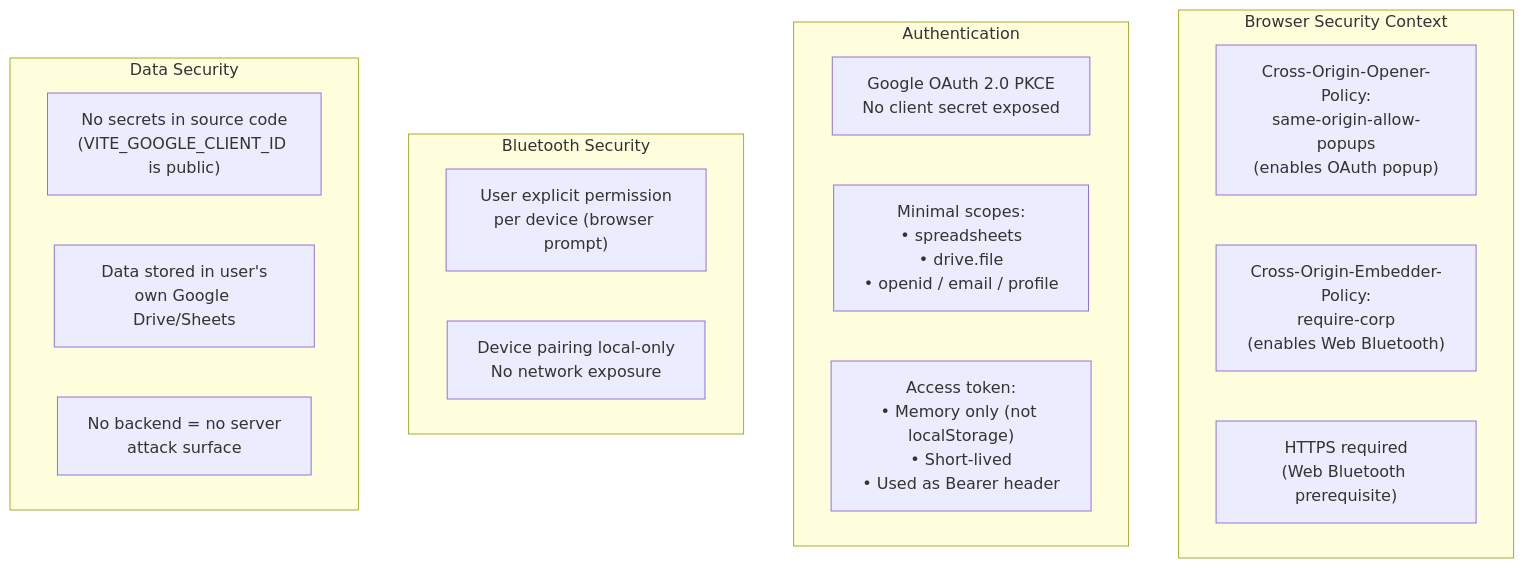
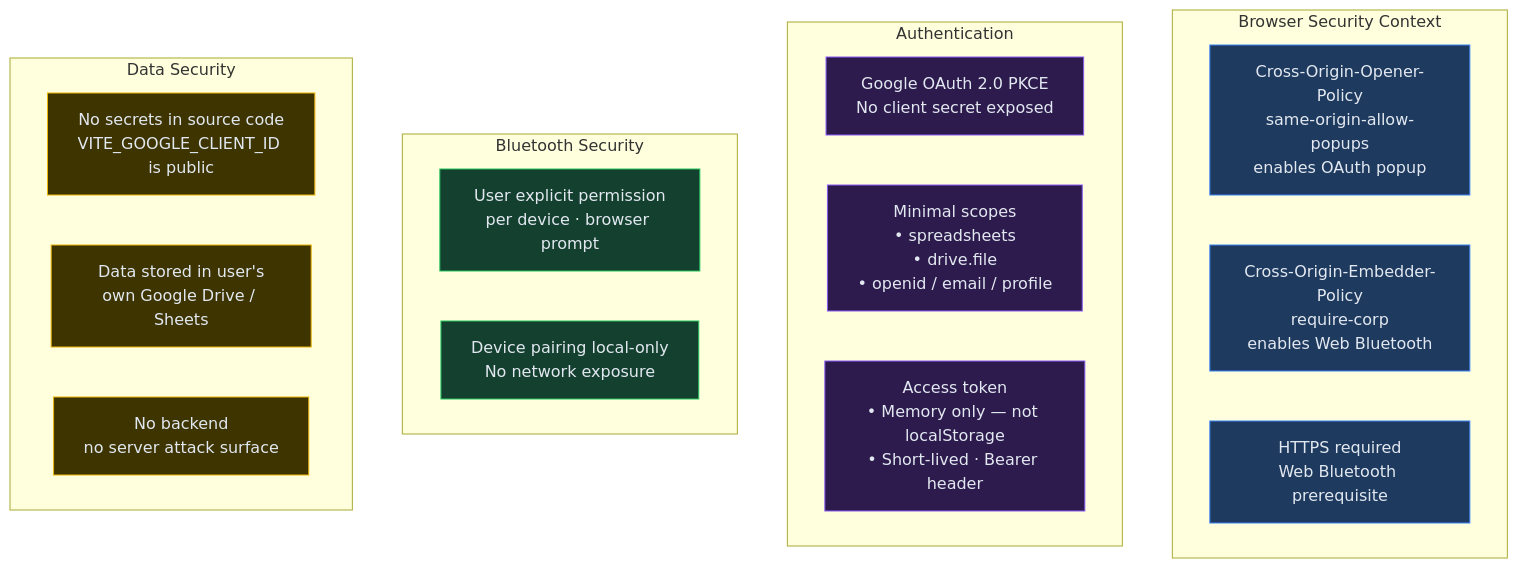
One commit to DerekLieww/Force-Recorder changed diagram 13 of 23 in ARCHITECTURE.md. Above: the diagram before and after it, drawn with Mermaid. The commit also changed other lines of this file and 9 other files, not shown here.

````diff
--- a/ARCHITECTURE.md
+++ b/ARCHITECTURE.md
@@ -588,25 +658,35 @@
 ```mermaid
 graph TB
     subgraph Browser["Browser Security Context"]
-        COOP["Cross-Origin-Opener-Policy:<br/>same-origin-allow-popups<br/>(enables OAuth popup)"]
-        COEP["Cross-Origin-Embedder-Policy:<br/>require-corp<br/>(enables Web Bluetooth)"]
-        HTTPS["HTTPS required<br/>(Web Bluetooth prerequisite)"]
+        COOP["Cross-Origin-Opener-Policy<br/>same-origin-allow-popups<br/>enables OAuth popup"]
+        COEP["Cross-Origin-Embedder-Policy<br/>require-corp<br/>enables Web Bluetooth"]
+        HTTPS["HTTPS required<br/>Web Bluetooth prerequisite"]
     end
 
     subgraph Auth["Authentication"]
         OAuth["Google OAuth 2.0 PKCE<br/>No client secret exposed"]
-        Scopes["Minimal scopes:<br/>• spreadsheets<br/>• drive.file<br/>• openid / email / profile"]
-        Token["Access token:<br/>• Memory only (not localStorage)<br/>• Short-lived<br/>• Used as Bearer header"]
+        Scopes["Minimal scopes<br/>• spreadsheets<br/>• drive.file<br/>• openid / email / profile"]
+        Token["Access token<br/>• Memory only — not localStorage<br/>• Short-lived · Bearer header"]
     end
 
     subgraph BLE["Bluetooth Security"]
-        Permission["User explicit permission<br/>per device (browser prompt)"]
+        Permission["User explicit permission<br/>per device · browser prompt"]
         Local["Device pairing local-only<br/>No network exposure"]
     end
 
     subgraph Data["Data Security"]
-        NoSecrets["No secrets in source code<br/>(VITE_GOOGLE_CLIENT_ID is public)"]
-        UserOwned["Data stored in user's<br/>own Google Drive/Sheets"]
-        NoBackend["No backend = no server<br/>attack surface"]
+        NoSecrets["No secrets in source code<br/>VITE_GOOGLE_CLIENT_ID is public"]
+        UserOwned["Data stored in user's<br/>own Google Drive / Sheets"]
+        NoBackend["No backend<br/>no server attack surface"]
     end
+
+    classDef browserSec fill:#1e3a5f,stroke:#3b82f6,color:#e2e8f0
+    classDef authSec fill:#2d1b4e,stroke:#8b5cf6,color:#e2e8f0
+    classDef bleSec fill:#14402f,stroke:#22c55e,color:#e2e8f0
+    classDef dataSec fill:#3d3400,stroke:#eab308,color:#e2e8f0
+
+    class COOP,COEP,HTTPS browserSec
+    class OAuth,Scopes,Token authSec
+    class Permission,Local bleSec
+    class NoSecrets,UserOwned,NoBackend dataSec
 ```
````
